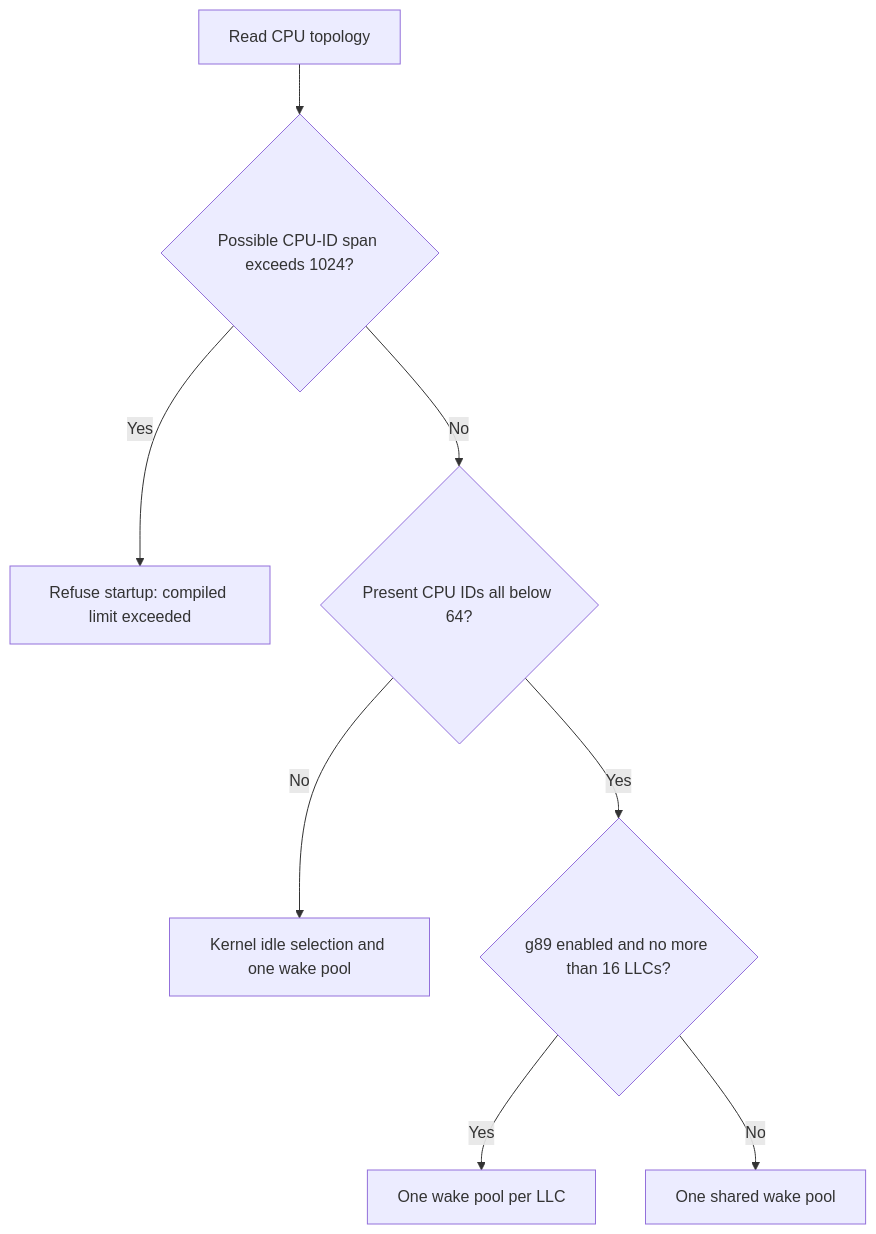
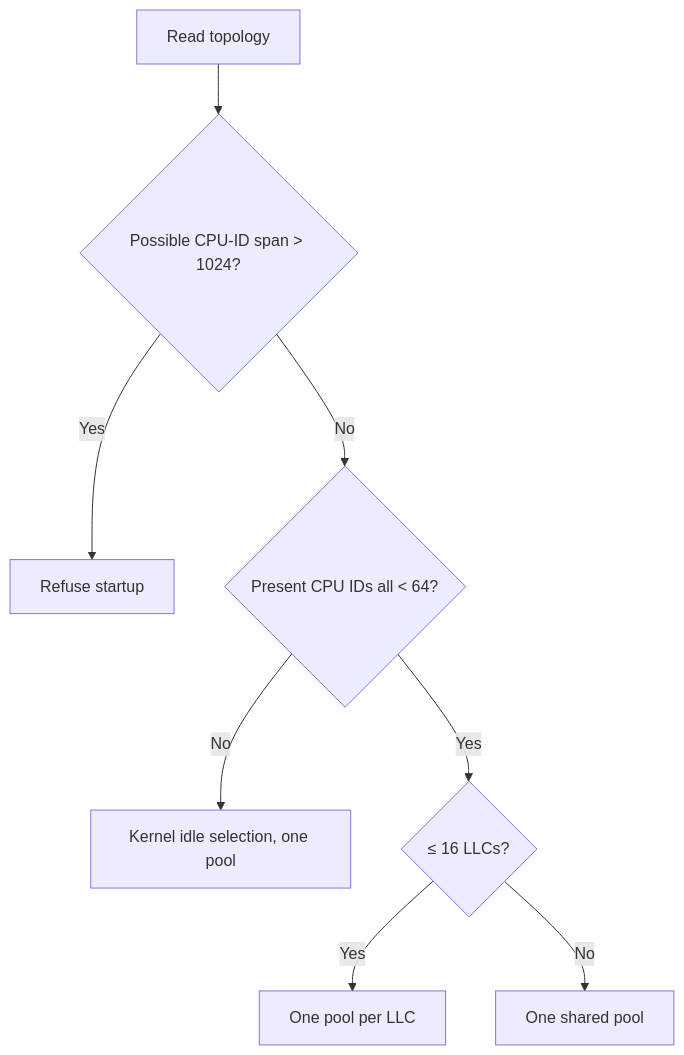
The second of 2 diagrams in scheds/rust/scx_cake/DESIGN.md (RitzDaCat/scx), drawn with Mermaid before and after one commit. The commit also changed other lines of this file and 10 other files, not shown here.

````diff
--- a/scheds/rust/scx_cake/DESIGN.md
+++ b/scheds/rust/scx_cake/DESIGN.md
@@ -109,10 +86,10 @@
 ```mermaid
 flowchart TD
-    T["Read CPU topology"] --> B{"Possible CPU-ID span exceeds 1024?"}
-    B -->|Yes| F["Refuse startup: compiled limit exceeded"]
-    B -->|No| N{"Present CPU IDs all below 64?"}
-    N -->|No| G["Kernel idle selection and one wake pool"]
-    N -->|Yes| Q{"g89 enabled and no more than 16 LLCs?"}
-    Q -->|Yes| M["One wake pool per LLC"]
-    Q -->|No| U["One shared wake pool"]
+    T["Read topology"] --> B{"Possible CPU-ID span > 1024?"}
+    B -->|Yes| F["Refuse startup"]
+    B -->|No| N{"Present CPU IDs all < 64?"}
+    N -->|No| G["Kernel idle selection, one pool"]
+    N -->|Yes| Q{"≤ 16 LLCs?"}
+    Q -->|Yes| M["One pool per LLC"]
+    Q -->|No| U["One shared pool"]
 ```
````
